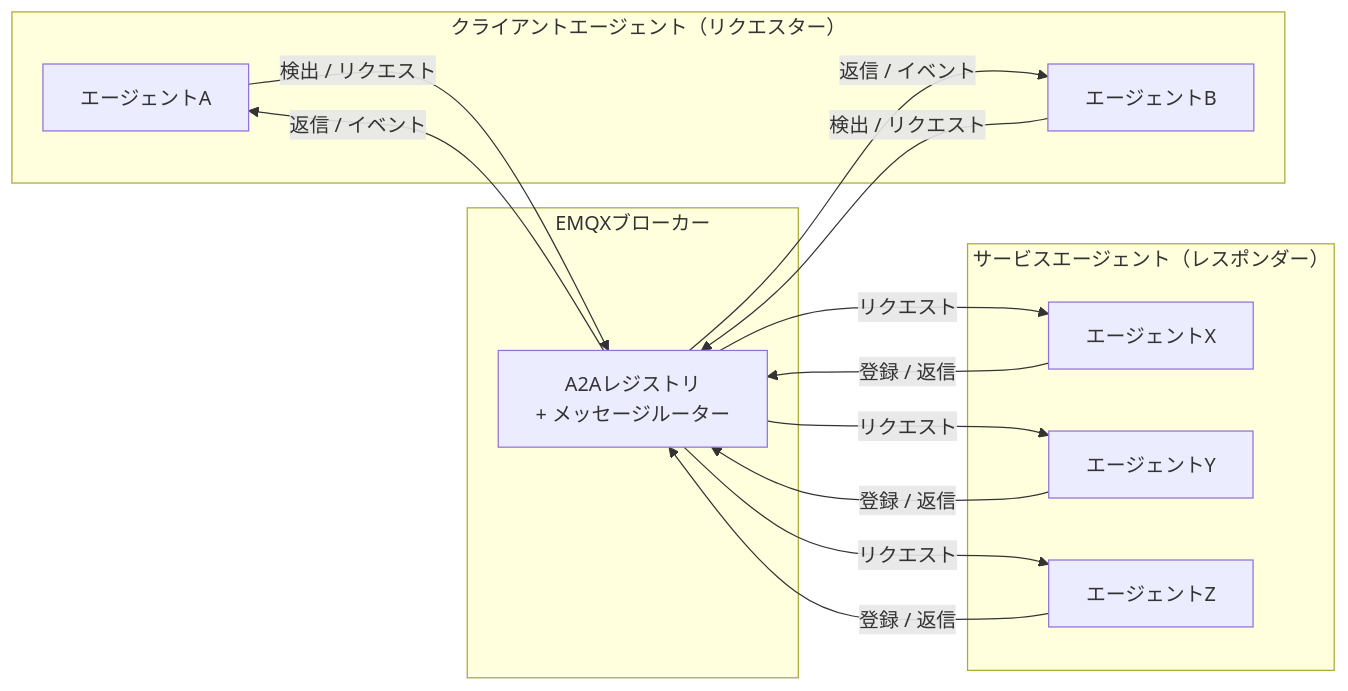
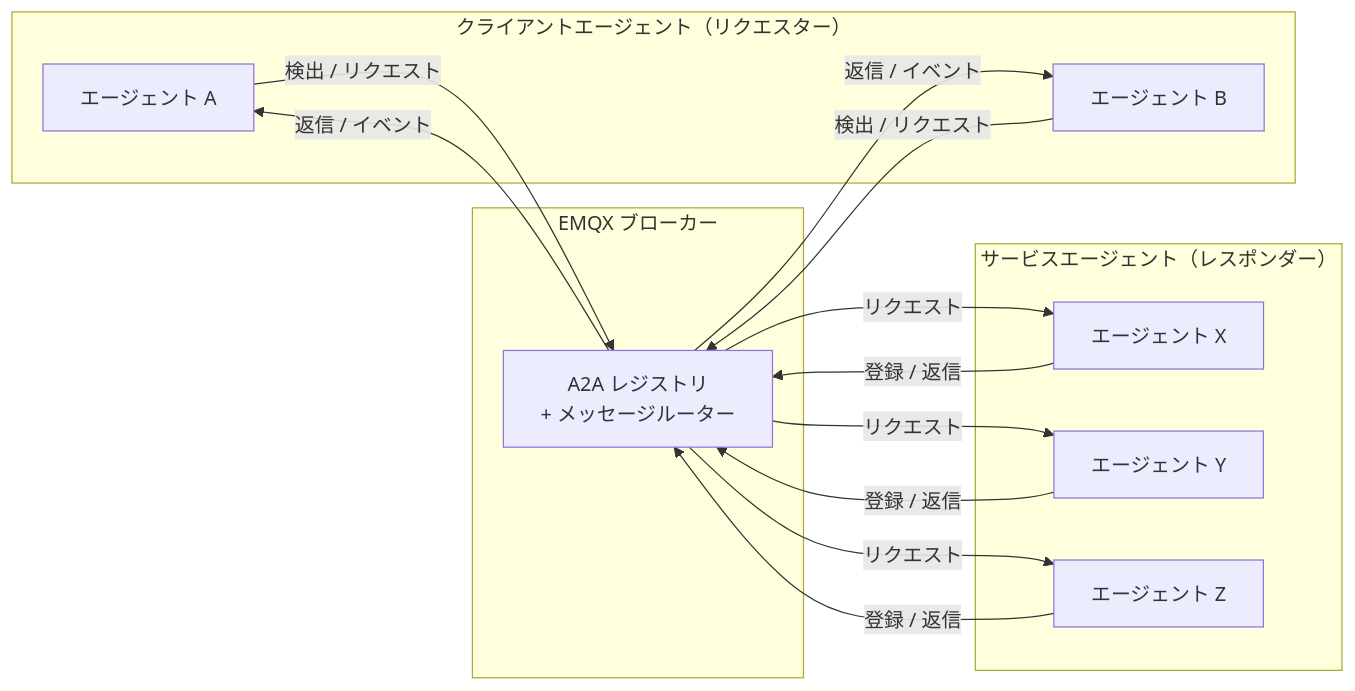
Before and after one commit to emqx/emqx-docs: the first of 2 diagrams in ja_JP/emqx-ai/a2a-over-mqtt/architecture.md, drawn with Mermaid. The commit also changed other lines of this file and 48 other files, not shown here.

````diff
--- a/ja_JP/emqx-ai/a2a-over-mqtt/architecture.md
+++ b/ja_JP/emqx-ai/a2a-over-mqtt/architecture.md
@@ -13,28 +13,28 @@
 ```mermaid
 graph LR
     subgraph "クライアントエージェント（リクエスター）"
-        CA1[エージェントA]
-        CA2[エージェントB]
+        CA1[エージェント A]
+        CA2[エージェント B]
     end
 
-    subgraph "EMQXブローカー"
-        B[A2Aレジストリ\n+ メッセージルーター]
+    subgraph "EMQX ブローカー"
+        B[A2A レジストリ\n+ メッセージルーター]
     end
 
     subgraph "サービスエージェント（レスポンダー）"
-        SA1[エージェントX]
-        SA2[エージェントY]
-        SA3[エージェントZ]
+        SA1[エージェント X]
+        SA2[エージェント Y]
+        SA3[エージェント Z]
     end
 
     CA1 -- "検出 / リクエスト" --> B
     CA2 -- "検出 / リクエスト" --> B
     B -- "返信 / イベント" --> CA1
     B -- "返信 / イベント" --> CA2
     B -- "リクエスト" --> SA1
     B -- "リクエスト" --> SA2
     B -- "リクエスト" --> SA3
     SA1 -- "登録 / 返信" --> B
     SA2 -- "登録 / 返信" --> B
     SA3 -- "登録 / 返信" --> B
 ```
````
